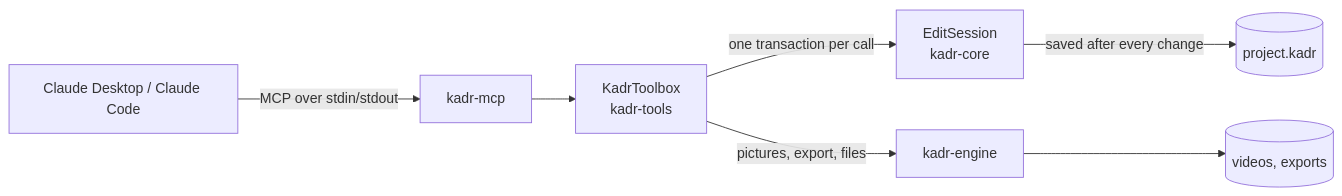
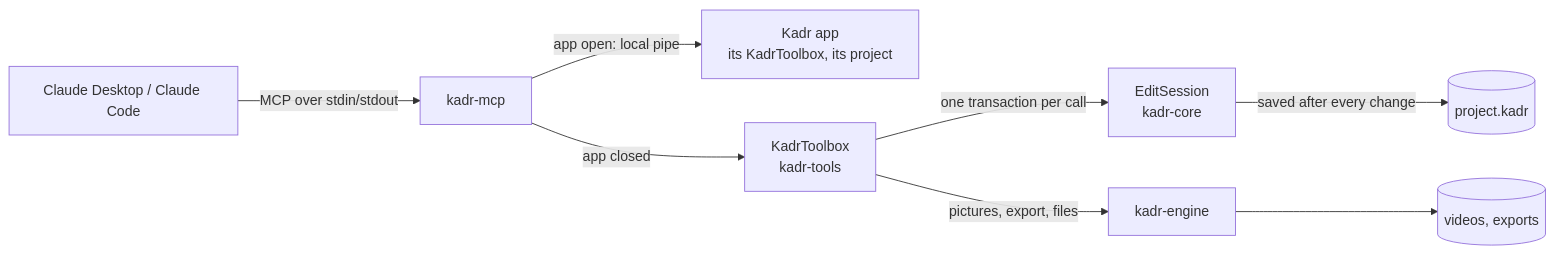
Before and after one commit to noasman971/kadr: the diagram in docs/mcp-server.md, drawn with Mermaid. The commit also changed other lines of this file and 9 other files, not shown here.

First line of the commit message:
docs: explain how Claude works live in the open app

````diff
--- a/docs/mcp-server.md
+++ b/docs/mcp-server.md
@@ -14,9 +14,10 @@
 ```mermaid
 flowchart LR
     claude[Claude Desktop / Claude Code] -- "MCP over stdin/stdout" --> mcp[kadr-mcp]
-    mcp --> toolbox[KadrToolbox<br/>kadr-tools]
+    mcp -- "app open: local pipe" --> app[Kadr app<br/>its KadrToolbox, its project]
+    mcp -- "app closed" --> toolbox[KadrToolbox<br/>kadr-tools]
     toolbox -- "one transaction per call" --> session[EditSession<br/>kadr-core]
     toolbox -- "pictures, export, files" --> engine[kadr-engine]
     session -- "saved after every change" --> file[(project.kadr)]
     engine --> media[(videos, exports)]
 ```
````
